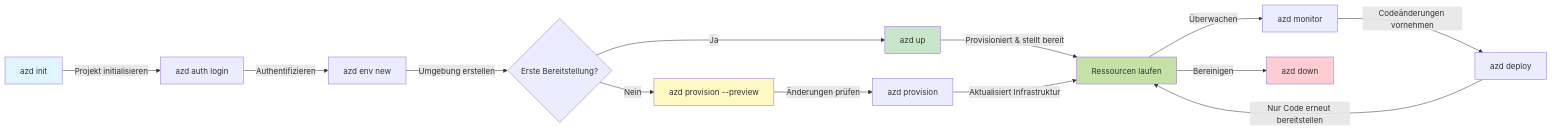
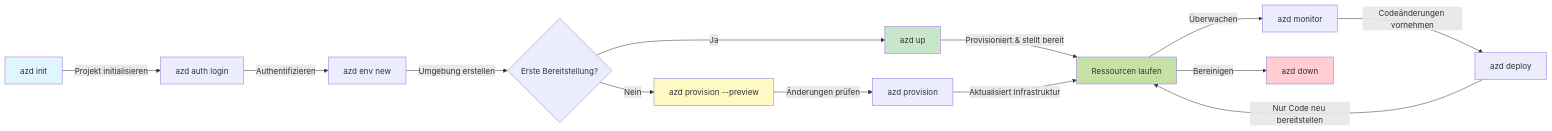
One commit to microsoft/AZD-for-beginners changed the first of 2 diagrams in translations/de/docs/chapter-01-foundation/azd-basics.md. Above: the diagram before and after it, drawn with Mermaid. The commit also changed other lines of this file and 101 other files, not shown here.

````diff
--- a/translations/de/docs/chapter-01-foundation/azd-basics.md
+++ b/translations/de/docs/chapter-01-foundation/azd-basics.md
@@ -254,21 +269,21 @@
 ```mermaid
 graph LR
     A[azd init] -->|Projekt initialisieren| B[azd auth login]
     B -->|Authentifizieren| C[azd env new]
     C -->|Umgebung erstellen| D{Erste Bereitstellung?}
     D -->|Ja| E[azd up]
     D -->|Nein| F[azd provision --preview]
     F -->|Änderungen prüfen| G[azd provision]
     E -->|Provisioniert & stellt bereit| H[Ressourcen laufen]
     G -->|Aktualisiert Infrastruktur| H
     H -->|Überwachen| I[azd monitor]
     I -->|Codeänderungen vornehmen| J[azd deploy]
-    J -->|Nur Code erneut bereitstellen| H
+    J -->|Nur Code neu bereitstellen| H
     H -->|Bereinigen| K[azd down]
     
     style A fill:#e1f5fe
     style E fill:#c8e6c9
     style F fill:#fff9c4
     style H fill:#c5e1a5
     style K fill:#ffcdd2
 ```
````
